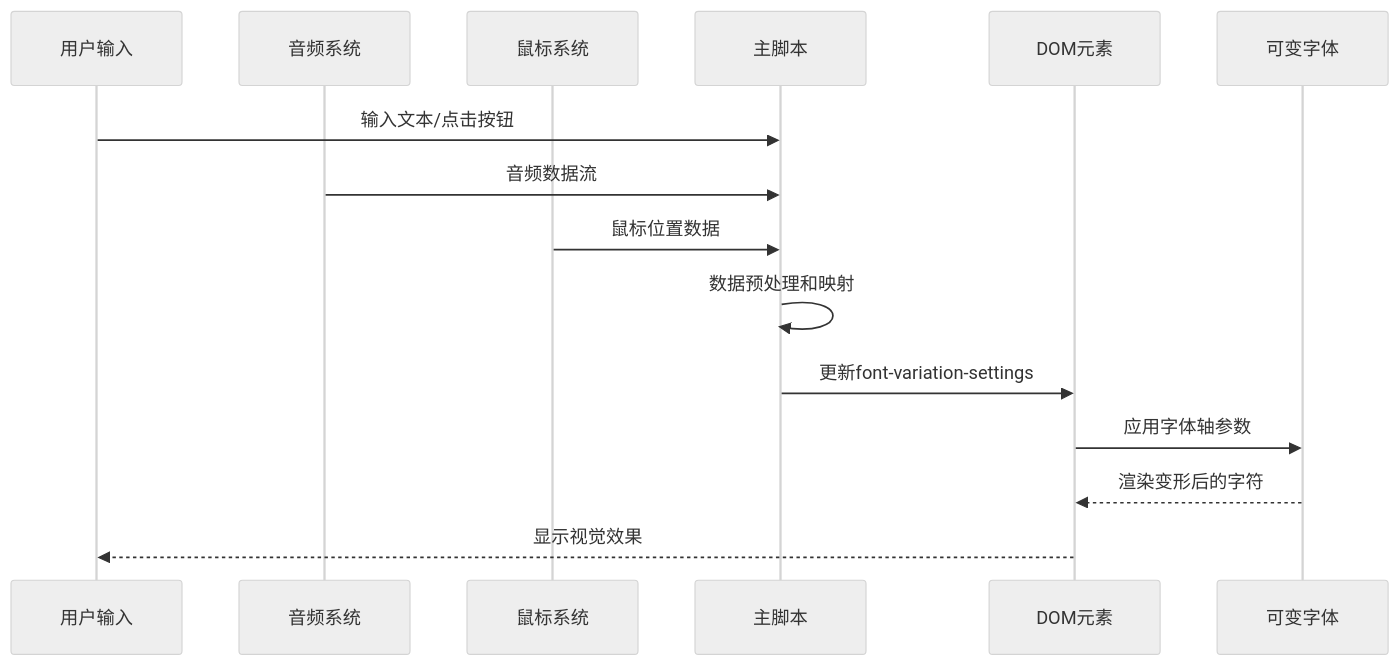
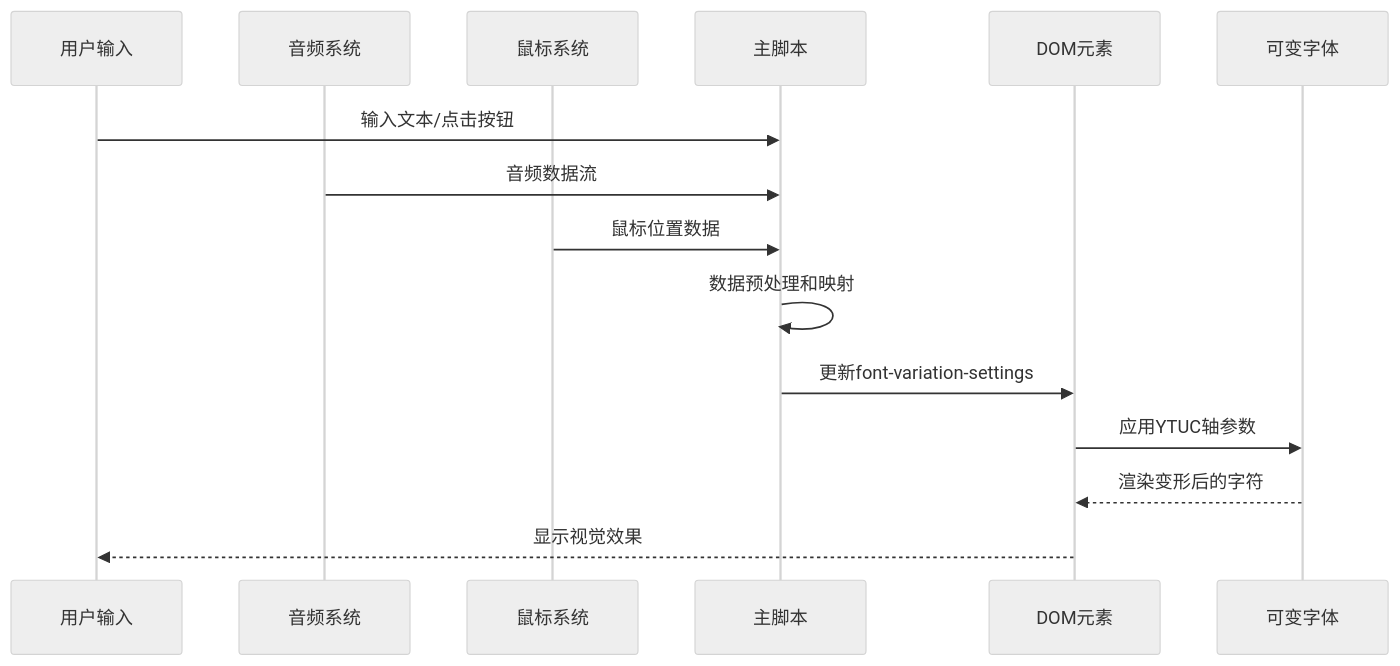
Before and after one commit to db300/MySymphosizer: the third of 9 diagrams in .qoder/repowiki/zh/content/字体渲染引擎/可变字体系统.md, drawn with Mermaid (neutral theme). The commit also changed other lines of this file and 5 other files, not shown here.

````diff
--- a/.qoder/repowiki/zh/content/字体渲染引擎/可变字体系统.md
+++ b/.qoder/repowiki/zh/content/字体渲染引擎/可变字体系统.md
@@ -118,17 +119,17 @@
 ```mermaid
 sequenceDiagram
 participant User as 用户输入
 participant Audio as 音频系统
 participant Mouse as 鼠标系统
 participant Script as 主脚本
 participant DOM as DOM元素
 participant Font as 可变字体
 User->>Script : 输入文本/点击按钮
 Audio->>Script : 音频数据流
 Mouse->>Script : 鼠标位置数据
 Script->>Script : 数据预处理和映射
 Script->>DOM : 更新font-variation-settings
-DOM->>Font : 应用字体轴参数
+DOM->>Font : 应用YTUC轴参数
 Font-->>DOM : 渲染变形后的字符
 DOM-->>User : 显示视觉效果
 ```
````
